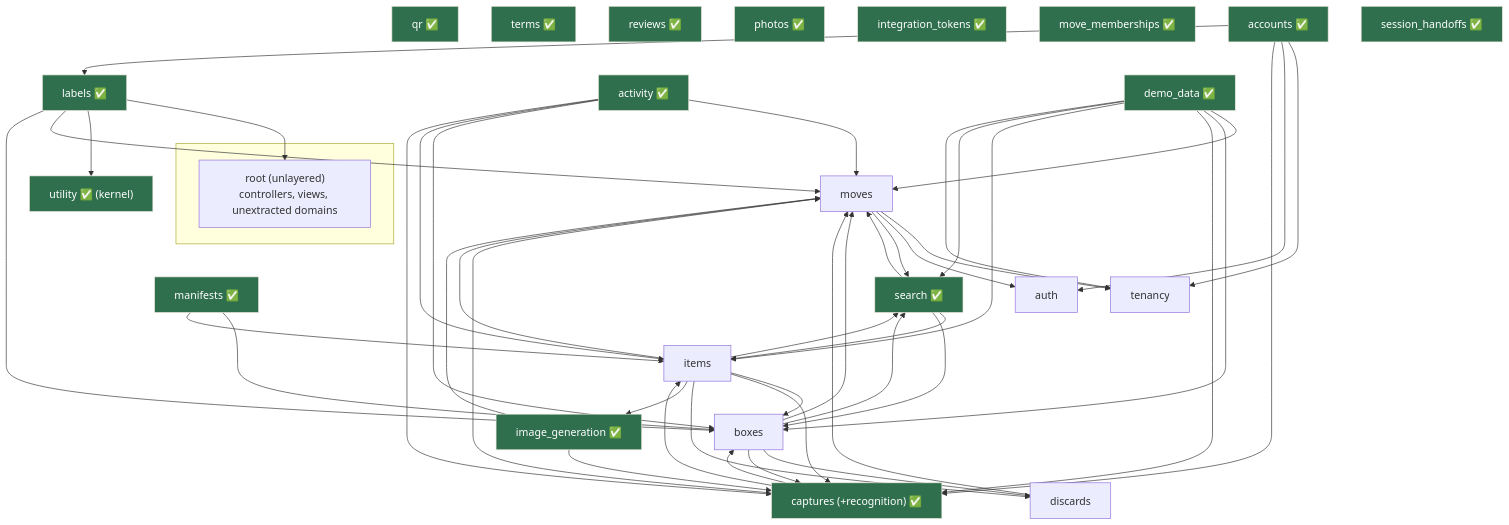
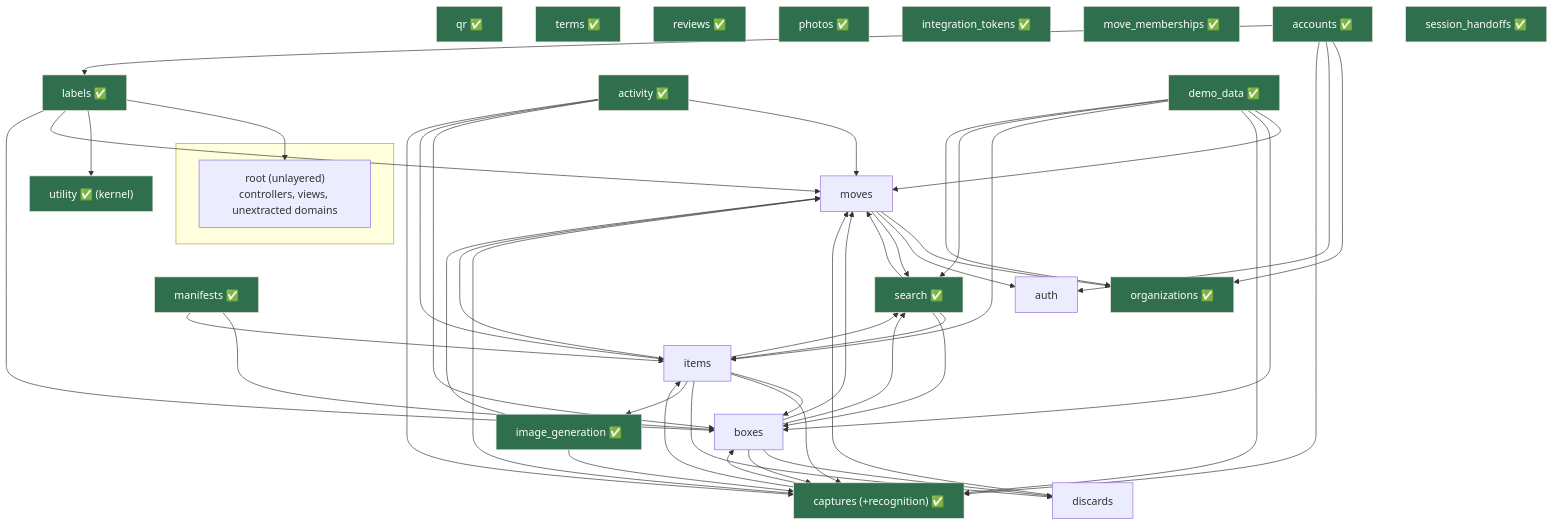
Before and after one commit to joel/move: the diagram in doc/project/packwerk-boundaries.md, drawn with Mermaid. The commit also changed 5 other files, not shown here.

Commit message:
docs(packwerk): mark organizations extracted (+ regen diagrams)

````diff
--- a/doc/project/packwerk-boundaries.md
+++ b/doc/project/packwerk-boundaries.md
@@ -154,46 +154,46 @@
 ```mermaid
 graph TD
     subgraph application [" "]
       root["root (unlayered)<br/>controllers, views, unextracted domains"]
     end
 
     labels["labels ✅"]
     utility["utility ✅ (kernel)"]
     boxes["boxes"]
     items["items"]
     moves["moves"]
     captures["captures (+recognition) ✅"]
     search["search ✅"]
     image_gen["image_generation ✅"]
     activity["activity ✅"]
     qr["qr ✅"]
     terms["terms ✅"]
     reviews["reviews ✅"]
     photos["photos ✅"]
     integration_tokens["integration_tokens ✅"]
     move_memberships["move_memberships ✅"]
     manifests["manifests ✅"]
     discards["discards"]
     accounts["accounts ✅"]
     demo["demo_data ✅"]
-    tenancy["tenancy"]
+    tenancy["organizations ✅"]
     session_handoffs["session_handoffs ✅"]
     auth["auth"]
 
     labels --> root & utility
     boxes --> moves & discards & search & captures
     items --> boxes & moves & captures & discards & image_gen & search
     captures --> moves & boxes & items
     search --> moves & items & boxes
     moves --> tenancy & auth & search
     image_gen --> moves & captures
     activity --> moves & boxes & items & captures
     manifests --> boxes & items
     labels --> moves & boxes
     accounts --> tenancy & auth & captures & labels
     demo --> moves & boxes & captures & items & search & tenancy
     discards --> moves
 
     classDef done fill:#2f6f4e,stroke:#ECE7DC,color:#fff;
-    class labels,utility,manifests,search,activity,qr,terms,reviews,photos,integration_tokens,move_memberships,session_handoffs,accounts,vocabularies,image_gen,demo,captures done;
+    class labels,utility,manifests,search,activity,qr,terms,reviews,photos,integration_tokens,move_memberships,session_handoffs,accounts,vocabularies,image_gen,demo,captures,tenancy done;
 ```
````
